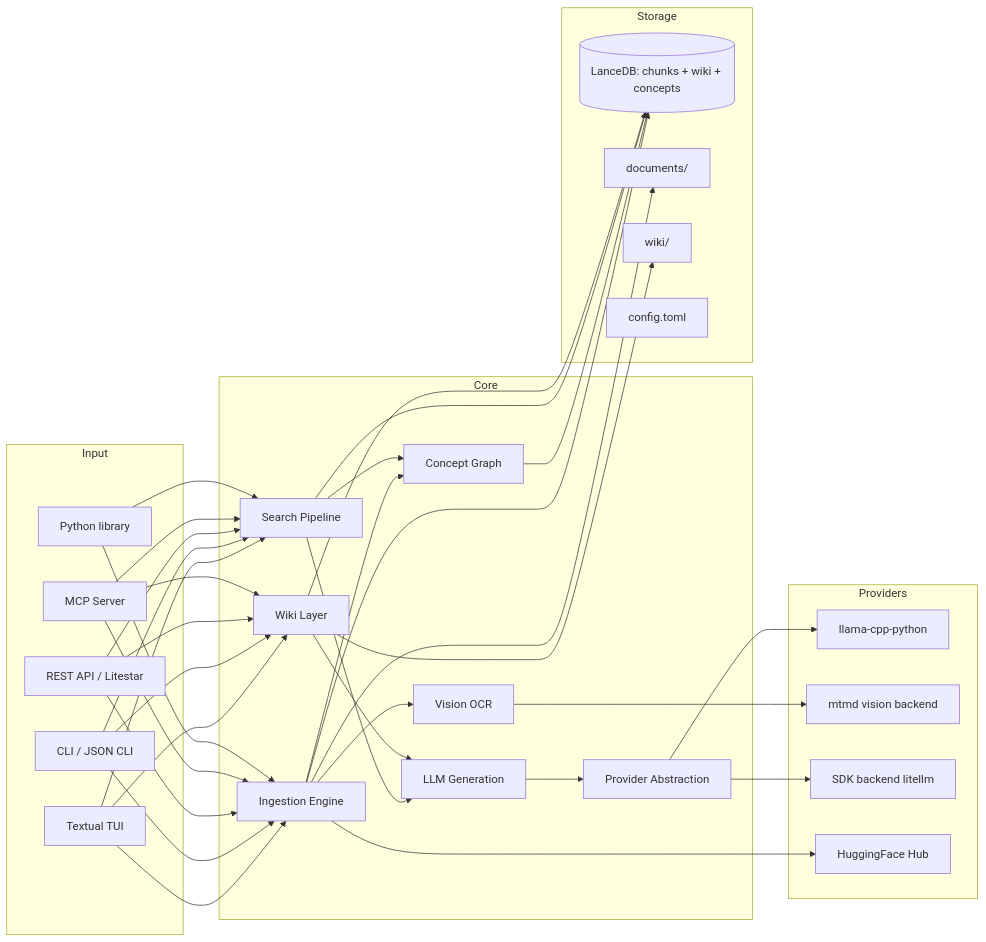
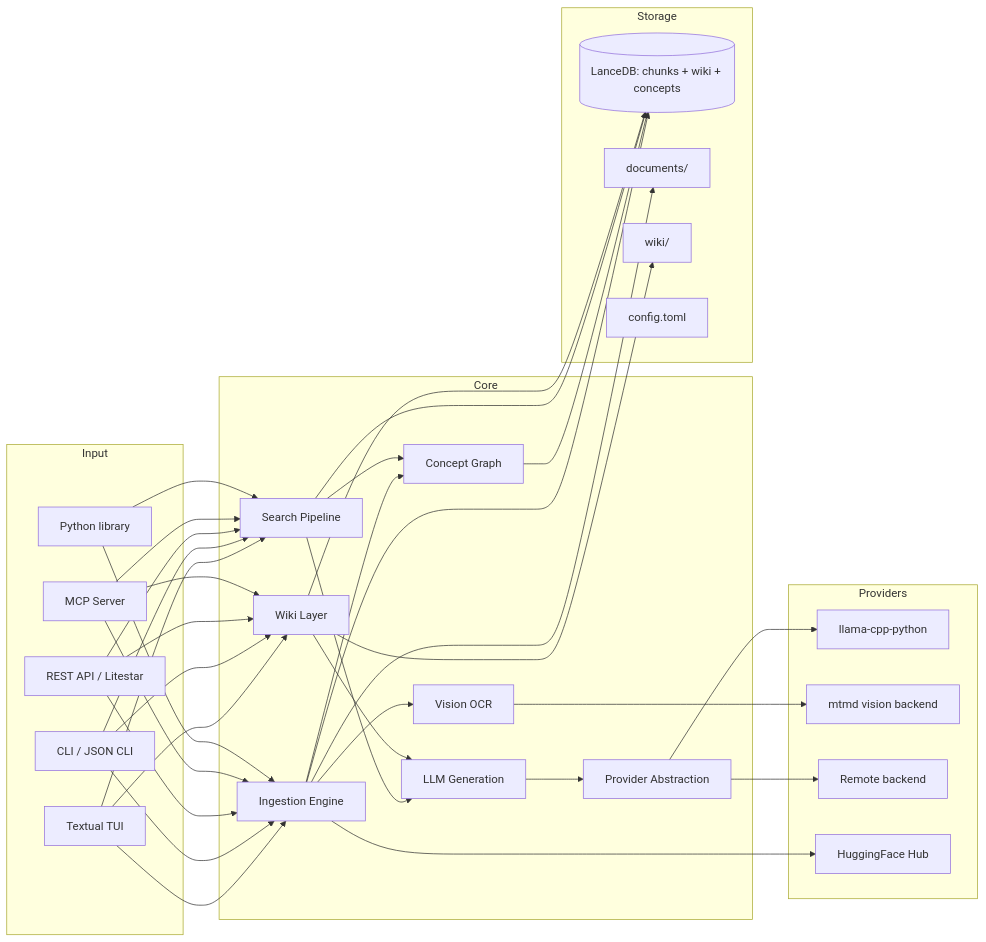
One commit to tobocop2/lilbee changed the first of 6 diagrams in docs/architecture.md. Above: the diagram before and after it, drawn with Mermaid. The commit also changed other lines of this file and 49 other files, not shown here.

````diff
--- a/docs/architecture.md
+++ b/docs/architecture.md
@@ -15,54 +15,54 @@
 ```mermaid
 flowchart LR
     subgraph Input
         TUI[Textual TUI]
         CLI[CLI / JSON CLI]
         API[REST API / Litestar]
         MCP[MCP Server]
         LIB[Python library]
     end
 
     subgraph Core
         INGEST[Ingestion Engine]
         VISION[Vision OCR]
         CONCEPT[Concept Graph]
         SEARCH[Search Pipeline]
         WIKI[Wiki Layer]
         GEN[LLM Generation]
         PROV[Provider Abstraction]
     end
 
     subgraph Storage
         LANCE[(LanceDB: chunks + wiki + concepts)]
         DOCS[documents/]
         WIKIDIR[wiki/]
         CONF[config.toml]
     end
 
     subgraph Providers
         LLAMA[llama-cpp-python]
         MTMD[mtmd vision backend]
-        SDK[SDK backend litellm]
+        SDK[Remote backend]
         HF[HuggingFace Hub]
     end
 
     TUI --> SEARCH & INGEST & WIKI
     CLI --> SEARCH & INGEST & WIKI
     API --> SEARCH & INGEST & WIKI
     MCP --> SEARCH & INGEST & WIKI
     LIB --> SEARCH & INGEST
 
     INGEST --> LANCE & DOCS
     INGEST --> VISION
     INGEST --> CONCEPT
     CONCEPT --> LANCE
     VISION --> MTMD
     SEARCH --> LANCE
     SEARCH --> CONCEPT
     SEARCH --> GEN
     WIKI --> LANCE & WIKIDIR
     WIKI --> GEN
     GEN --> PROV
     PROV --> LLAMA & SDK
     INGEST --> HF
 ```
````
